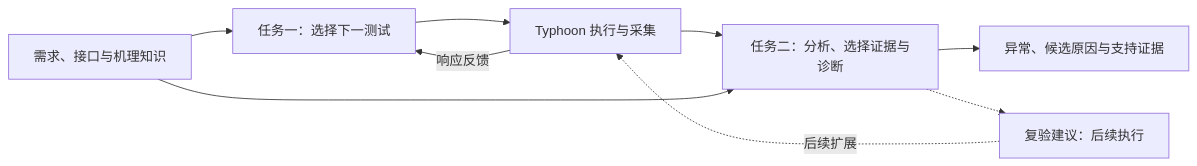
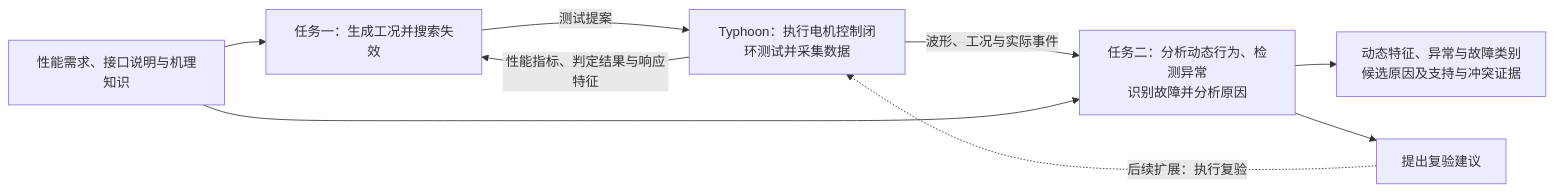
The first of 3 diagrams in docs/research/2026-11-11-hil-ai-selection/discussion-brief.md (LYX2LK/Typhoon-HIL-lab-workflow), drawn with Mermaid before and after one commit. The commit also changed other lines of this file and 14 other files, not shown here.

First line of the commit message:
docs(research): 深化 HIL 大模型方法设计并完善方案与流程图

````diff
--- a/docs/research/2026-11-11-hil-ai-selection/discussion-brief.md
+++ b/docs/research/2026-11-11-hil-ai-selection/discussion-brief.md
@@ -18,11 +20,11 @@
 ```mermaid
 flowchart LR
-    K["需求、接口与机理知识"] --> A["任务一：选择下一测试"]
-    A --> E["Typhoon 执行与采集"]
-    E -->|响应反馈| A
-    E --> B["任务二：分析、选择证据与诊断"]
+    K["性能需求、接口说明与机理知识"] --> A["任务一：生成工况并搜索失效"]
+    A -->|测试提案| E["Typhoon：执行电机控制闭环测试并采集数据"]
+    E -->|性能指标、判定结果与响应特征| A
+    E -->|波形、工况与实际事件| B["任务二：分析动态行为、检测异常<br/>识别故障并分析原因"]
     K --> B
-    B --> O["异常、候选原因与支持证据"]
-    B -.-> R["复验建议：后续执行"]
-    R -.->|后续扩展| E
+    B --> O["动态特征、异常与故障类别<br/>候选原因及支持与冲突证据"]
+    B --> R["提出复验建议"]
+    R -.->|后续扩展：执行复验| E
 ```
````
